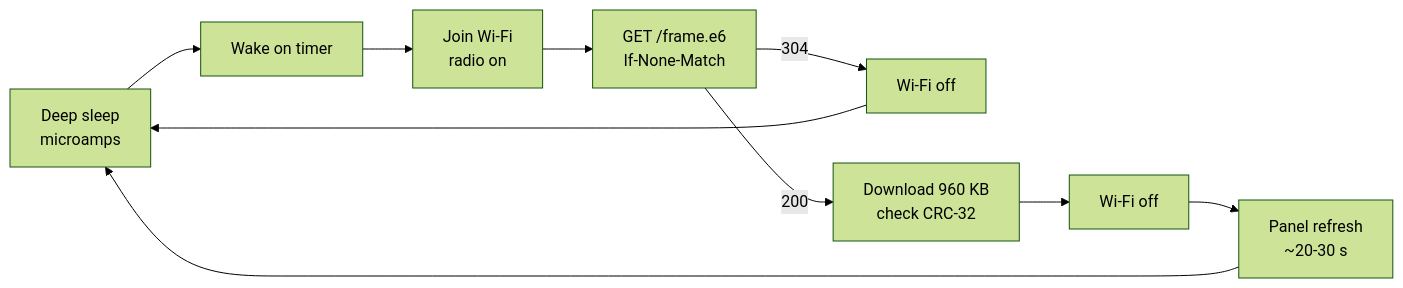
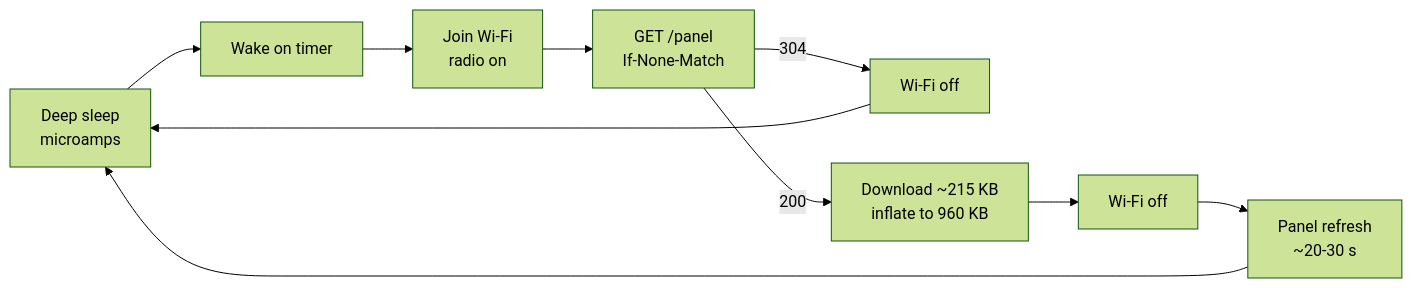
Before and after one commit to Filip-Pajalic/birdnet-go-frame: the diagram in docs/explanation/power-and-refresh.md, drawn with Mermaid (forest theme). The commit also changed other lines of this file and 38 other files, not shown here.

First line of the commit message:
Serve the panel compressed at /panel instead of /frame.e6

````diff
--- a/docs/explanation/power-and-refresh.md
+++ b/docs/explanation/power-and-refresh.md
@@ -8,8 +8,8 @@
 ```mermaid
 flowchart LR
     sleep["Deep sleep<br/>microamps"] --> wake[Wake on timer]
     wake --> wifi["Join Wi-Fi<br/>radio on"]
-    wifi --> get["GET /frame.e6<br/>If-None-Match"]
+    wifi --> get["GET /panel<br/>If-None-Match"]
     get -->|304| off[Wi-Fi off] --> sleep
-    get -->|200| dl["Download 960 KB<br/>check CRC-32"] --> off2[Wi-Fi off] --> refresh["Panel refresh<br/>~20-30 s"] --> sleep
+    get -->|200| dl["Download ~215 KB<br/>inflate to 960 KB"] --> off2[Wi-Fi off] --> refresh["Panel refresh<br/>~20-30 s"] --> sleep
 ```
````
